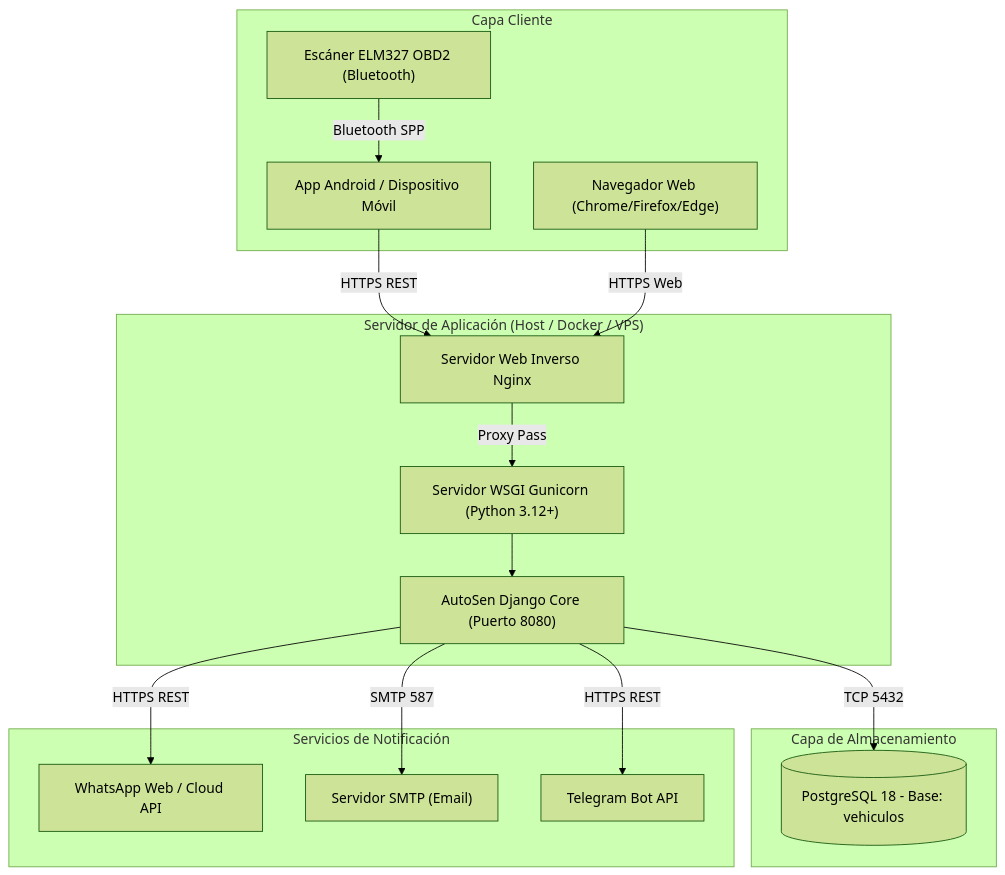
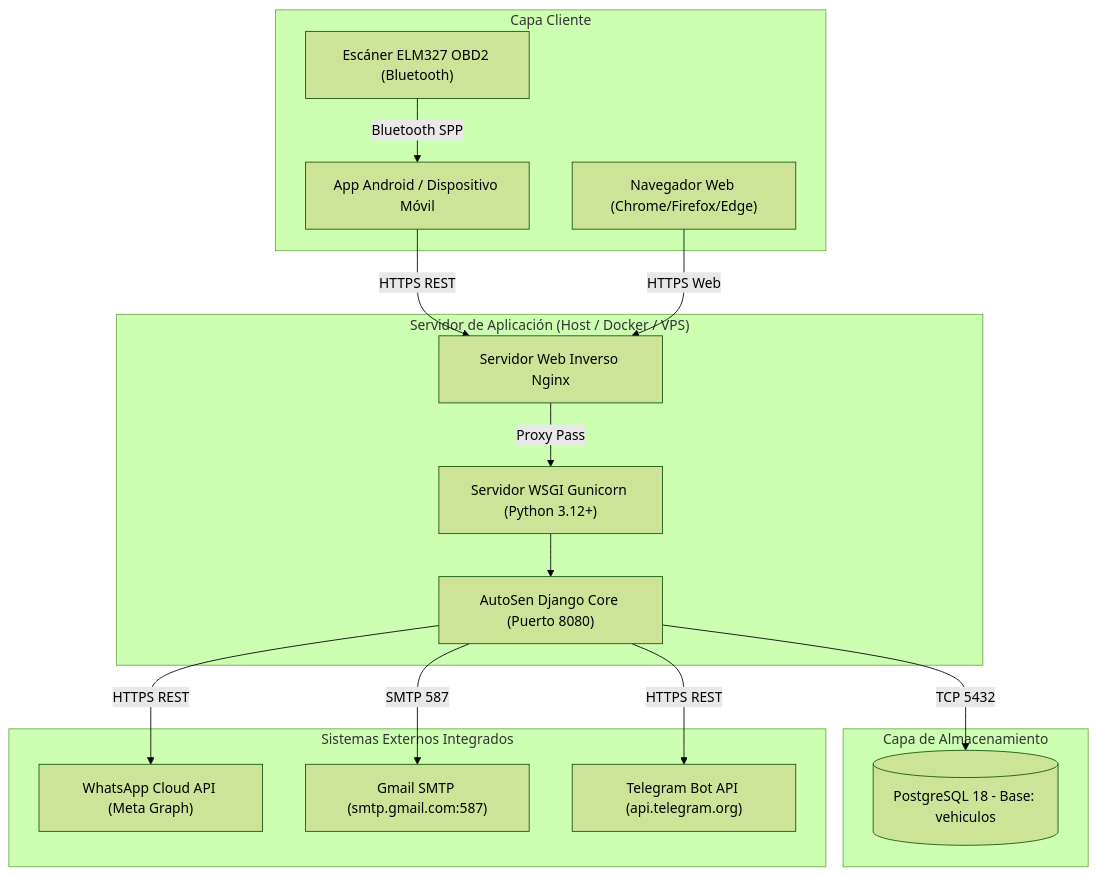
Before and after one commit to ferneymbravog-stack/Autosen: the fourth of 4 diagrams in docs/ARQUITECTURA.md, drawn with Mermaid (forest theme). The commit also changed other lines of this file and 7 other files, not shown here.

Commit message:
docs: actualizar MER relacional, arquitectura, requisitos y guia de servicios externos

````diff
--- a/docs/ARQUITECTURA.md
+++ b/docs/ARQUITECTURA.md
@@ -144,34 +178,34 @@
 ```mermaid
 graph TD
     subgraph Cliente ["Capa Cliente"]
         Browser["Navegador Web (Chrome/Firefox/Edge)"]
         Mobile["App Android / Dispositivo Móvil"]
         OBD2["Escáner ELM327 OBD2 (Bluetooth)"]
     end
 
     subgraph Servidor ["Servidor de Aplicación (Host / Docker / VPS)"]
         Nginx["Servidor Web Inverso Nginx"]
         Gunicorn["Servidor WSGI Gunicorn (Python 3.12+)"]
         DjangoApp["AutoSen Django Core (Puerto 8080)"]
     end
 
     subgraph Datos ["Capa de Almacenamiento"]
         Postgres[("PostgreSQL 18 - Base: vehiculos")]
     end
 
-    subgraph Externos ["Servicios de Notificación"]
-        WA["WhatsApp Web / Cloud API"]
-        SMTP["Servidor SMTP (Email)"]
-        TG["Telegram Bot API"]
+    subgraph Externos ["Sistemas Externos Integrados"]
+        WA["WhatsApp Cloud API (Meta Graph)"]
+        SMTP["Gmail SMTP (smtp.gmail.com:587)"]
+        TG["Telegram Bot API (api.telegram.org)"]
     end
 
     OBD2 -->|Bluetooth SPP| Mobile
     Mobile -->|HTTPS REST| Nginx
     Browser -->|HTTPS Web| Nginx
     Nginx -->|Proxy Pass| Gunicorn
     Gunicorn --> DjangoApp
     DjangoApp -->|TCP 5432| Postgres
     DjangoApp -->|HTTPS REST| WA
     DjangoApp -->|SMTP 587| SMTP
     DjangoApp -->|HTTPS REST| TG
 ```
````
